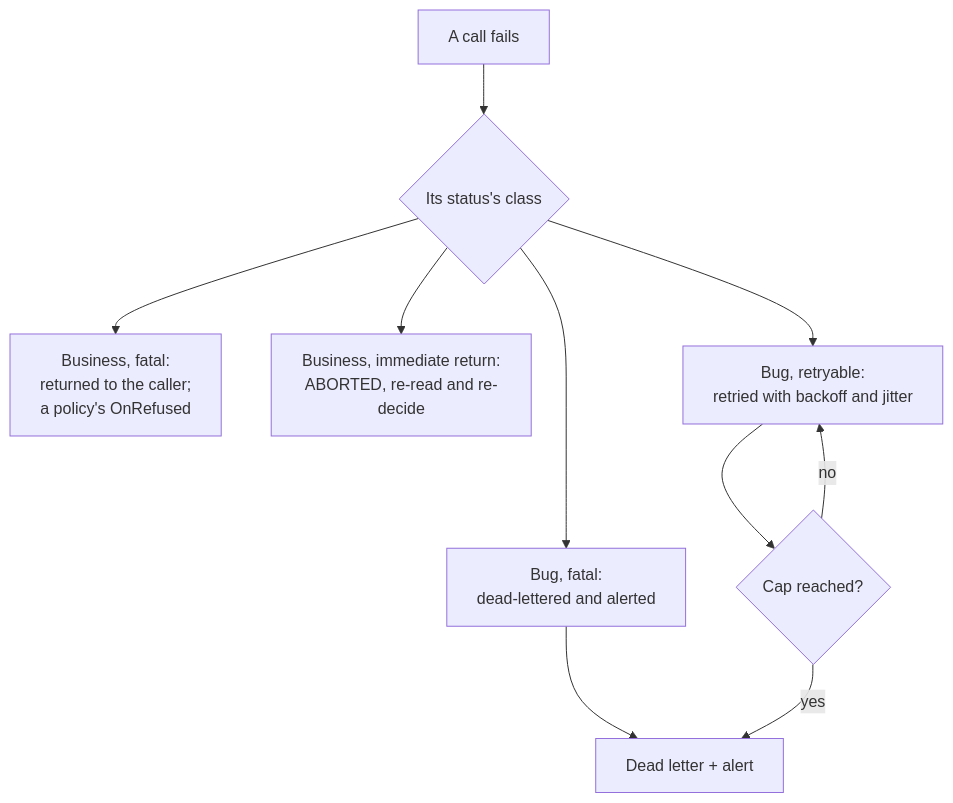
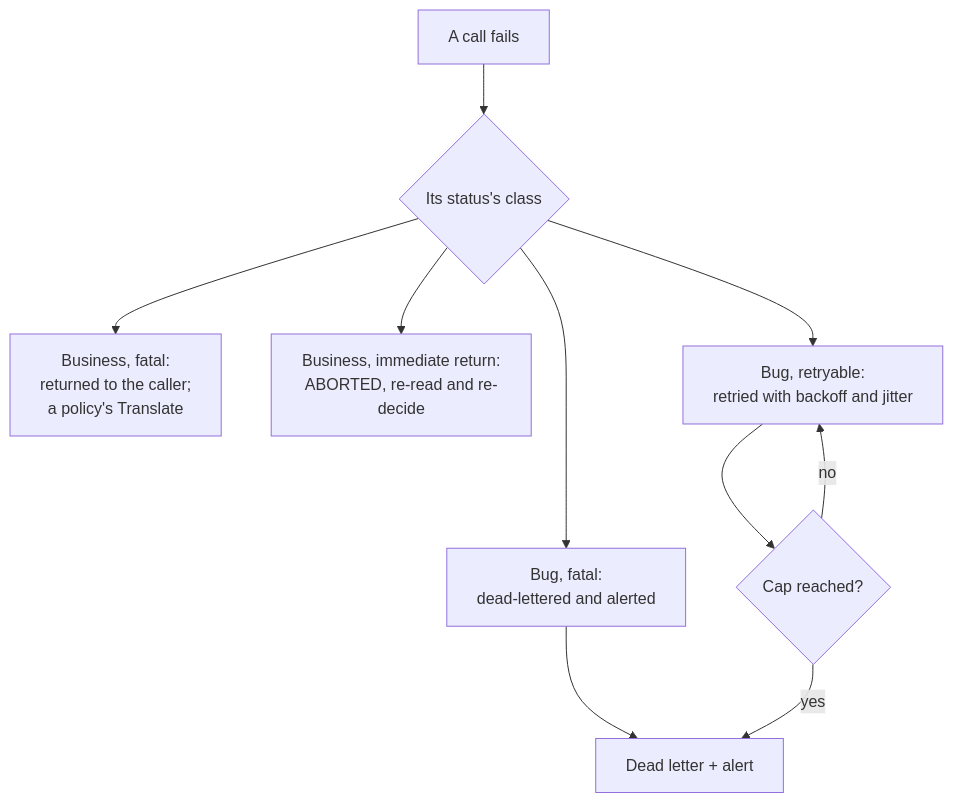
The diagram in site/src/content/docs/operations/error-recovery.mdx (angzarr-io/angzarr-project), drawn with Mermaid before and after one commit. The commit also changed other lines of this file and 29 other files, not shown here.

````diff
--- a/site/src/content/docs/operations/error-recovery.mdx
+++ b/site/src/content/docs/operations/error-recovery.mdx
@@ -12,19 +12,19 @@
 ```mermaid
 flowchart TB
     Fail[A call fails]
     Class{Its status's class}
-    BizF[Business, fatal:<br/>returned to the caller;<br/>a policy's OnRefused]
+    BizF[Business, fatal:<br/>returned to the caller;<br/>a policy's Translate]
     BizA[Business, immediate return:<br/>ABORTED, re-read and re-decide]
     BugF[Bug, fatal:<br/>dead-lettered and alerted]
     BugR[Bug, retryable:<br/>retried with backoff and jitter]
     Cap{Cap reached?}
     DLQ[Dead letter + alert]
 
     Fail --> Class
     Class --> BizF
     Class --> BizA
     Class --> BugF --> DLQ
     Class --> BugR --> Cap
     Cap -->|no| BugR
     Cap -->|yes| DLQ
 ```
````
